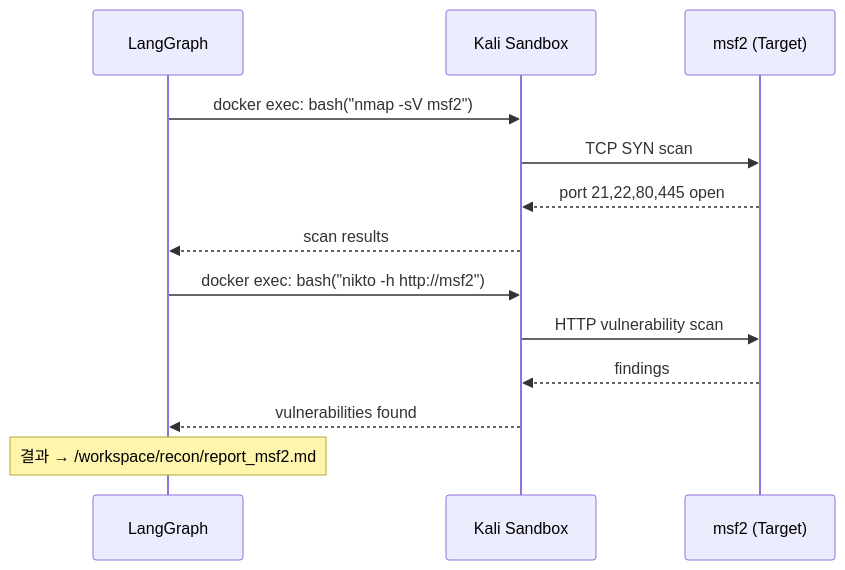
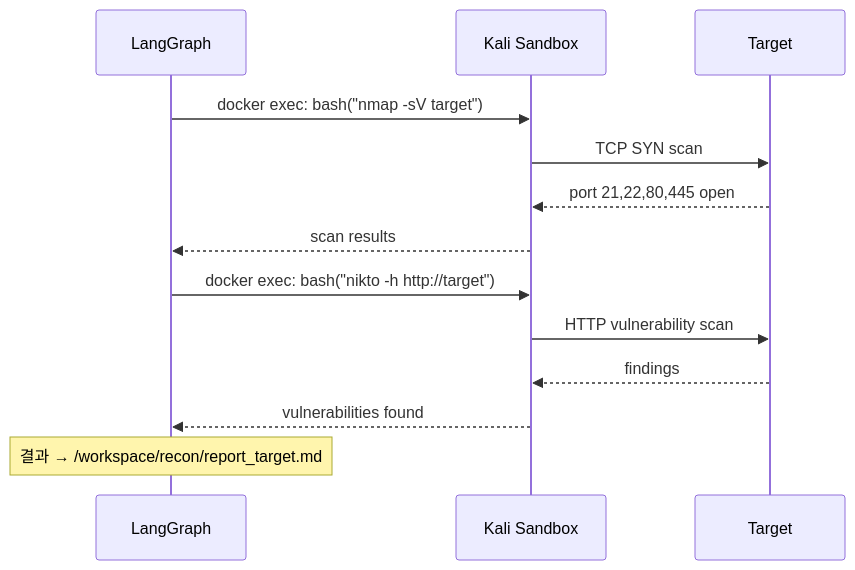
One commit to musicsms/decepticon changed the sixth of 12 diagrams in docs/architecture/red-team-infrastructure.md. Above: the diagram before and after it, drawn with Mermaid. The commit also changed other lines of this file and 19 other files, not shown here.

````diff
--- a/docs/architecture/red-team-infrastructure.md
+++ b/docs/architecture/red-team-infrastructure.md
@@ -308,18 +303,18 @@
 ```mermaid
 sequenceDiagram
     participant LG as LangGraph
     participant K as Kali Sandbox
-    participant T as msf2 (Target)
+    participant T as Target
 
-    LG->>K: docker exec: bash("nmap -sV msf2")
+    LG->>K: docker exec: bash("nmap -sV target")
     K->>T: TCP SYN scan
     T-->>K: port 21,22,80,445 open
     K-->>LG: scan results
 
-    LG->>K: docker exec: bash("nikto -h http://msf2")
+    LG->>K: docker exec: bash("nikto -h http://target")
     K->>T: HTTP vulnerability scan
     T-->>K: findings
     K-->>LG: vulnerabilities found
 
-    Note over LG: 결과 → /workspace/recon/report_msf2.md
+    Note over LG: 결과 → /workspace/recon/report_target.md
 ```
````
